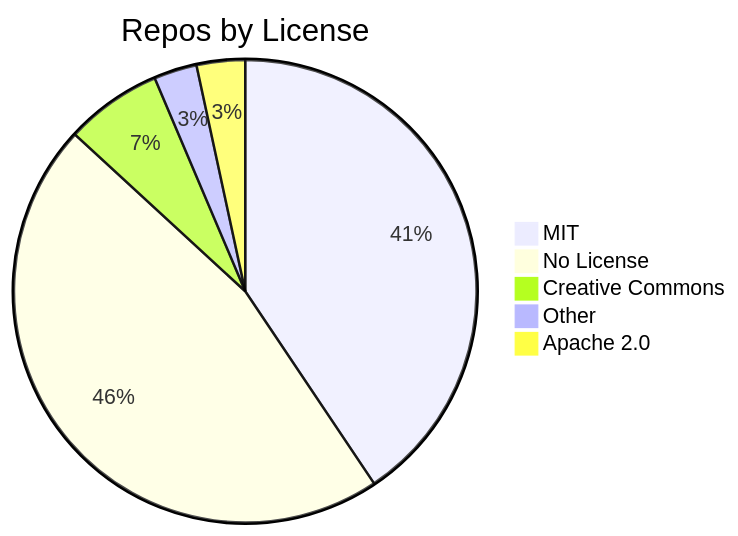
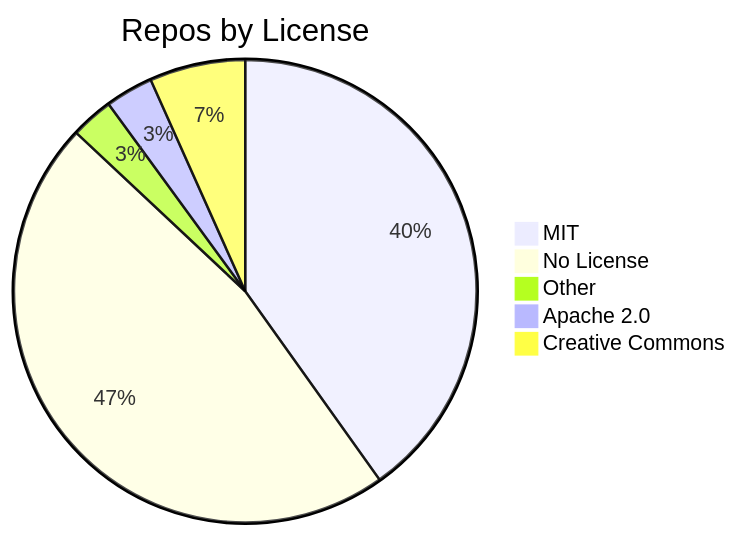
One commit to jpatterson933/awesome-mcp-server-repo-index changed the diagram in README.md. Above: the diagram before and after it, drawn with Mermaid. The commit also changed other lines of this file and 3 other files, not shown here.

````diff
--- a/README.md
+++ b/README.md
@@ -29,8 +29,8 @@
 ```mermaid
 pie title Repos by License
     "MIT" : 108
-    "No License" : 123
-    "Creative Commons" : 18
+    "No License" : 126
     "Other" : 8
     "Apache 2.0" : 9
+    "Creative Commons" : 18
 ```
````
